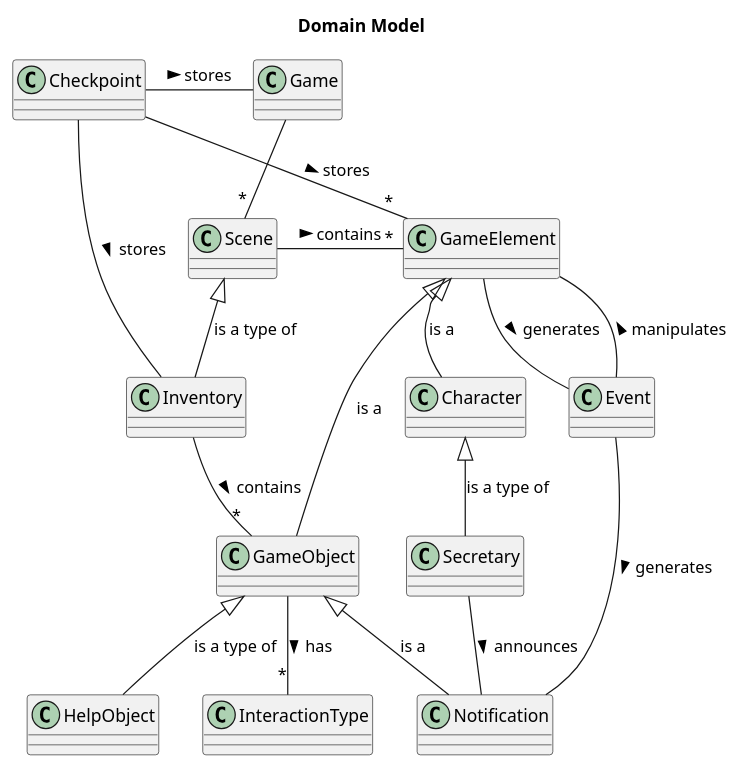
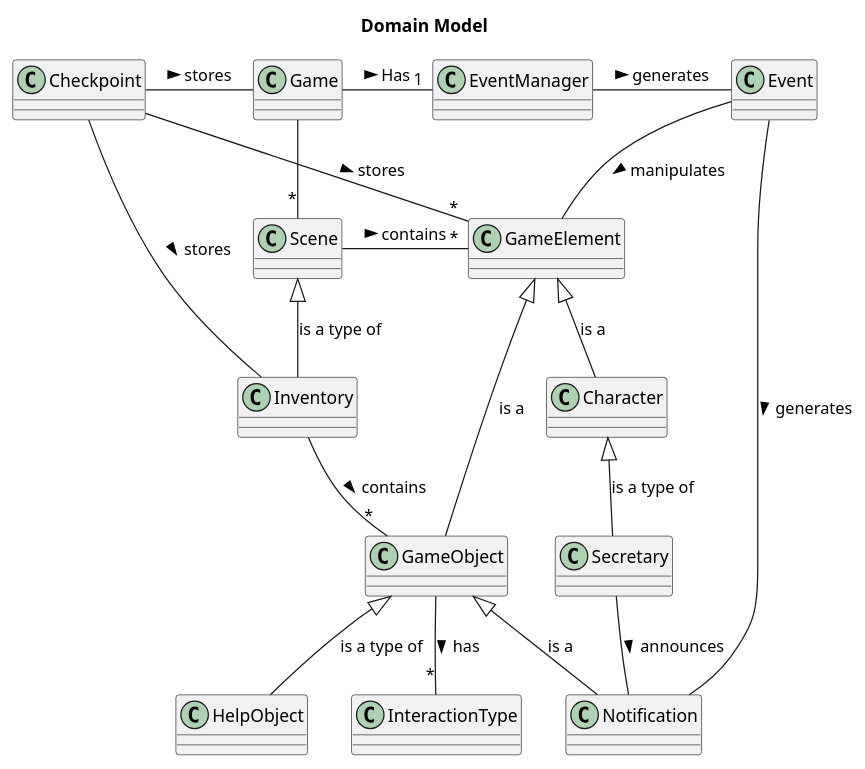
The diagram in diagram.pu (NoahHakansson/SE-PA1460), drawn with PlantUML before and after one commit.

Commit message:
Changed Domain model, added EvenManager class.

```diff
--- a/diagram.pu
+++ b/diagram.pu
@@ -1,20 +1,21 @@
 @startuml
 title Domain Model
 Game -- "*" Scene
 Checkpoint -- "*" GameElement : stores >
 Checkpoint -- Inventory : stores >
 Checkpoint - Game : stores >
 Character <|-- Secretary : is a type of
 GameElement <|-- GameObject : is a
 GameElement <|-- Character : is a
 Scene - "*" GameElement : contains >
 Scene <|-- Inventory : is a type of
 Inventory -- "*" GameObject : contains >
-GameElement -- Event : generates >
+Game -"1" EventManager : Has >
+EventManager - Event : generates >
 Event -- Notification : generates >
 Event -- GameElement : manipulates >
 Secretary -- Notification : announces >
 GameObject <|-- HelpObject : is a type of
 GameObject <|-- Notification : is a
 GameObject -- "*" InteractionType : has >
 @enduml
```
